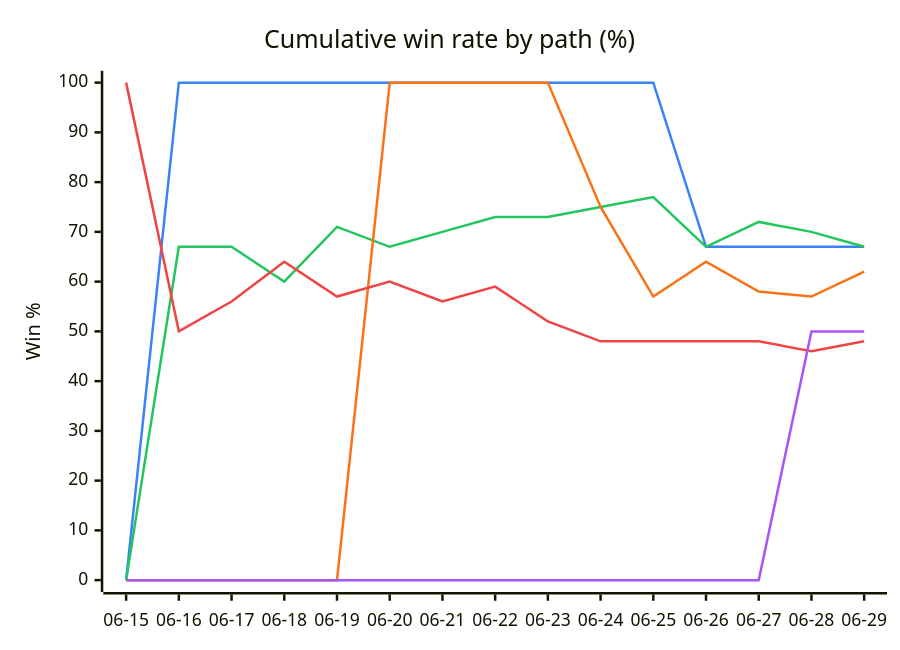
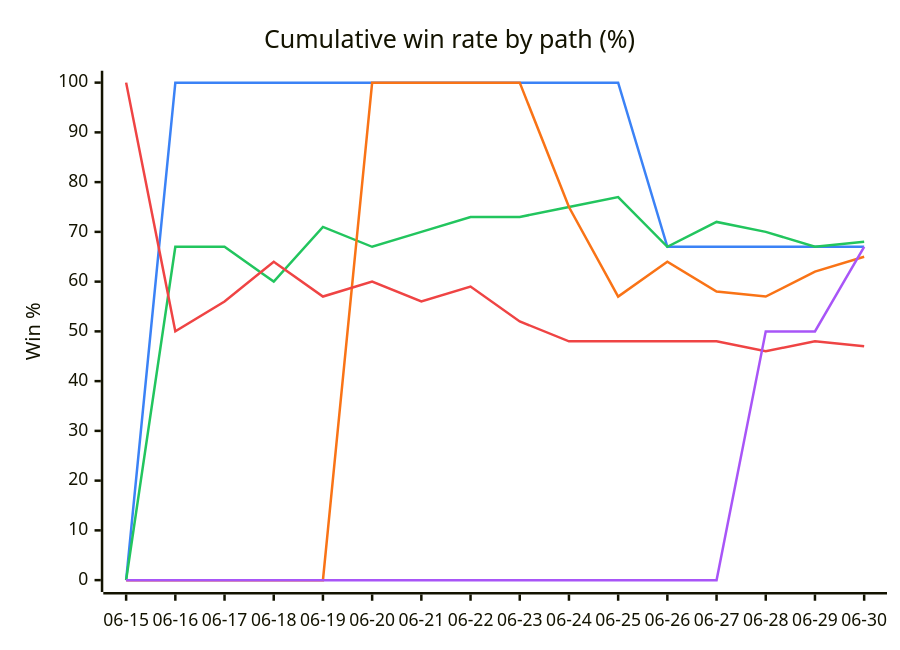
The second of 5 diagrams in DAILY_AGSU_REPORT.md (dpk1212/nhl-savant), drawn with Mermaid before and after one commit. The commit also changed other lines of this file, not shown here.

````diff
--- a/DAILY_AGSU_REPORT.md
+++ b/DAILY_AGSU_REPORT.md
@@ -208,12 +214,12 @@
 ```mermaid
 %%{init: {"themeVariables": {"xyChart": {"plotColorPalette": "#3b82f6,#22c55e,#f97316,#ef4444,#a855f7"}}}}%%
 xychart-beta
     title "Cumulative win rate by path (%)"
-    x-axis ["06-15", "06-16", "06-17", "06-18", "06-19", "06-20", "06-21", "06-22", "06-23", "06-24", "06-25", "06-26", "06-27", "06-28", "06-29"]
+    x-axis ["06-15", "06-16", "06-17", "06-18", "06-19", "06-20", "06-21", "06-22", "06-23", "06-24", "06-25", "06-26", "06-27", "06-28", "06-29", "06-30"]
     y-axis "Win %" 0 --> 100
-    line [0, 100, 100, 100, 100, 100, 100, 100, 100, 100, 100, 67, 67, 67, 67]
-    line [0, 67, 67, 60, 71, 67, 70, 73, 73, 75, 77, 67, 72, 70, 67]
-    line [0, 0, 0, 0, 0, 100, 100, 100, 100, 75, 57, 64, 58, 57, 62]
-    line [100, 50, 56, 64, 57, 60, 56, 59, 52, 48, 48, 48, 48, 46, 48]
-    line [0, 0, 0, 0, 0, 0, 0, 0, 0, 0, 0, 0, 0, 50, 50]
+    line [0, 100, 100, 100, 100, 100, 100, 100, 100, 100, 100, 67, 67, 67, 67, 67]
+    line [0, 67, 67, 60, 71, 67, 70, 73, 73, 75, 77, 67, 72, 70, 67, 68]
+    line [0, 0, 0, 0, 0, 100, 100, 100, 100, 75, 57, 64, 58, 57, 62, 65]
+    line [100, 50, 56, 64, 57, 60, 56, 59, 52, 48, 48, 48, 48, 46, 48, 47]
+    line [0, 0, 0, 0, 0, 0, 0, 0, 0, 0, 0, 0, 0, 50, 50, 67]
 ```
````
